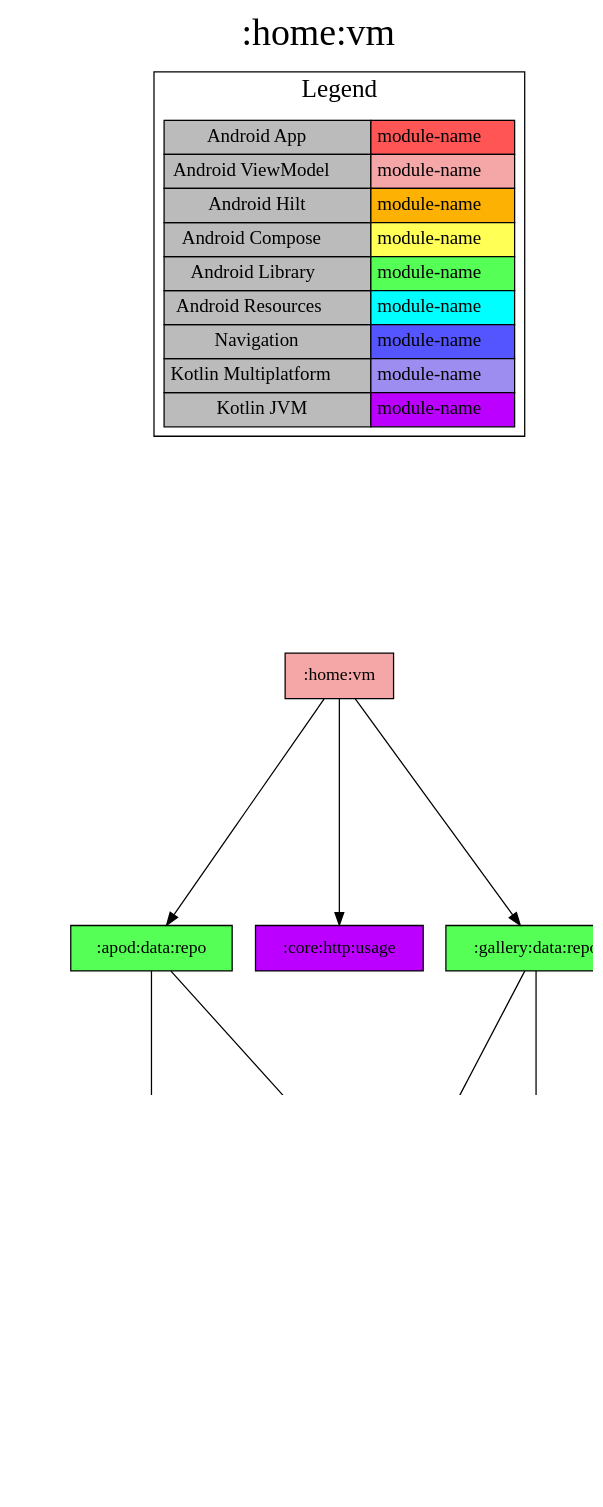
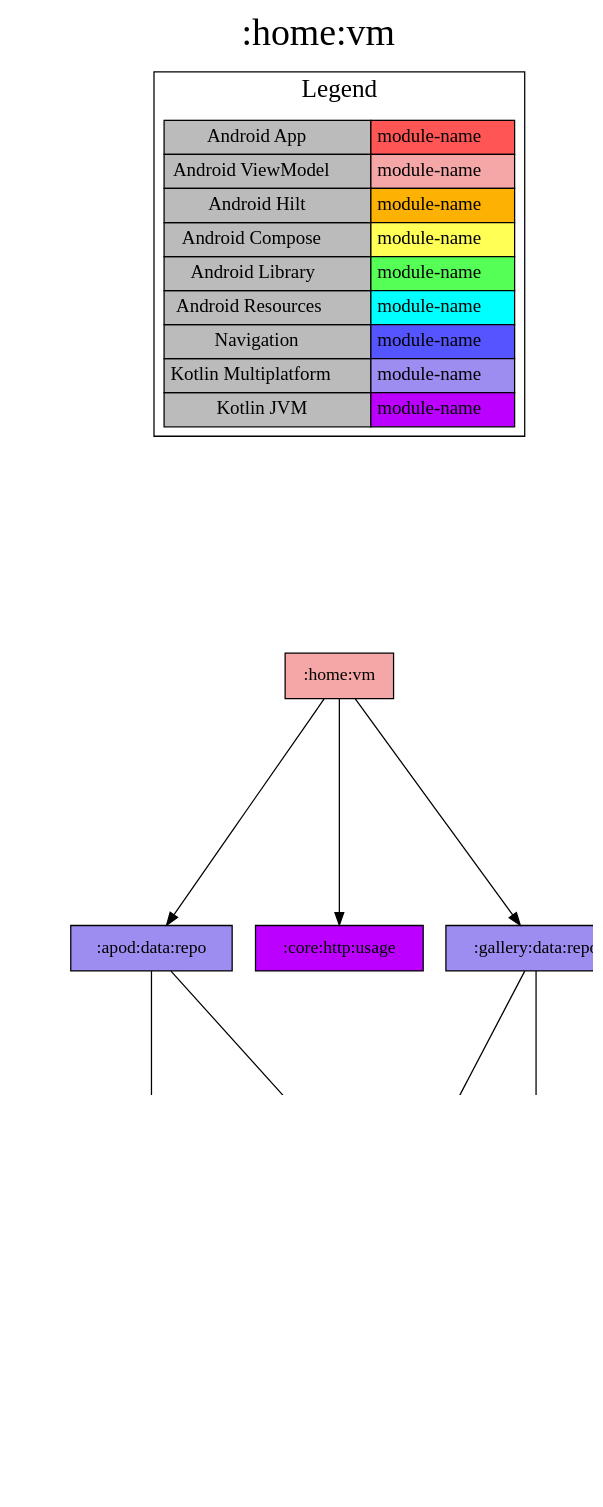
Before and after one commit to jonapoul/nasa-android: the diagram in modules/home/vm/project-dependency-graph.dot, drawn with Graphviz. The commit also changed 69 other files, not shown here.

```diff
--- a/modules/home/vm/project-dependency-graph.dot
+++ b/modules/home/vm/project-dependency-graph.dot
@@ -1,47 +1,47 @@
 digraph {
 edge ["dir"="forward"]
 graph ["dpi"="100","label"=":home:vm","labelloc"="t","fontsize"="30","ranksep"="2.5","rankdir"="TB"]
 node ["style"="filled"]
 ":home:vm" ["fillcolor"="#F5A6A6","shape"="box"]
-":apod:data:repo" ["fillcolor"="#55FF55","shape"="box"]
+":apod:data:repo" ["fillcolor"="#9D8DF1","shape"="box"]
 ":apod:data:api" ["fillcolor"="#BB00FF","shape"="box"]
 ":apod:model" ["fillcolor"="#BB00FF","shape"="box"]
 ":core:model" ["fillcolor"="#BB00FF","shape"="box"]
 ":db" ["fillcolor"="#9D8DF1","shape"="box"]
 ":gallery:model" ["fillcolor"="#BB00FF","shape"="box"]
 ":core:http:usage" ["fillcolor"="#BB00FF","shape"="box"]
-":gallery:data:repo" ["fillcolor"="#55FF55","shape"="box"]
+":gallery:data:repo" ["fillcolor"="#9D8DF1","shape"="box"]
 ":gallery:data:api" ["fillcolor"="#BB00FF","shape"="box"]
 {
 edge ["dir"="none"]
 graph ["rank"="same"]
 }
 ":home:vm" -> ":apod:data:repo"
 ":home:vm" -> ":core:http:usage"
 ":home:vm" -> ":gallery:data:repo"
 ":apod:data:repo" -> ":apod:data:api"
 ":apod:data:repo" -> ":db"
 ":apod:data:api" -> ":apod:model"
 ":apod:data:api" -> ":core:model"
 ":db" -> ":gallery:model"
 ":gallery:data:repo" -> ":db"
 ":gallery:data:repo" -> ":gallery:data:api"
 ":gallery:data:api" -> ":gallery:model"
 subgraph "cluster_legend" {
 edge ["dir"="none"]
 graph ["label"="Legend","fontsize"="20"]
 "Legend" ["style"="filled","fillcolor"="#bbbbbb","shape"="none","margin"="0","fontsize"="15","label"=<
 <TABLE BORDER="0" CELLBORDER="1" CELLSPACING="0" CELLPADDING="4">
 <TR><TD>Android App</TD><TD BGCOLOR="#FF5555">module-name</TD></TR>
 <TR><TD>Android ViewModel</TD><TD BGCOLOR="#F5A6A6">module-name</TD></TR>
 <TR><TD>Android Hilt</TD><TD BGCOLOR="#FCB103">module-name</TD></TR>
 <TR><TD>Android Compose</TD><TD BGCOLOR="#FFFF55">module-name</TD></TR>
 <TR><TD>Android Library</TD><TD BGCOLOR="#55FF55">module-name</TD></TR>
 <TR><TD>Android Resources</TD><TD BGCOLOR="#00FFFF">module-name</TD></TR>
 <TR><TD>Navigation</TD><TD BGCOLOR="#5555FF">module-name</TD></TR>
 <TR><TD>Kotlin Multiplatform</TD><TD BGCOLOR="#9D8DF1">module-name</TD></TR>
 <TR><TD>Kotlin JVM</TD><TD BGCOLOR="#BB00FF">module-name</TD></TR>
 </TABLE>
 >]
 } -> ":home:vm" ["style"="invis"]
 }
```
